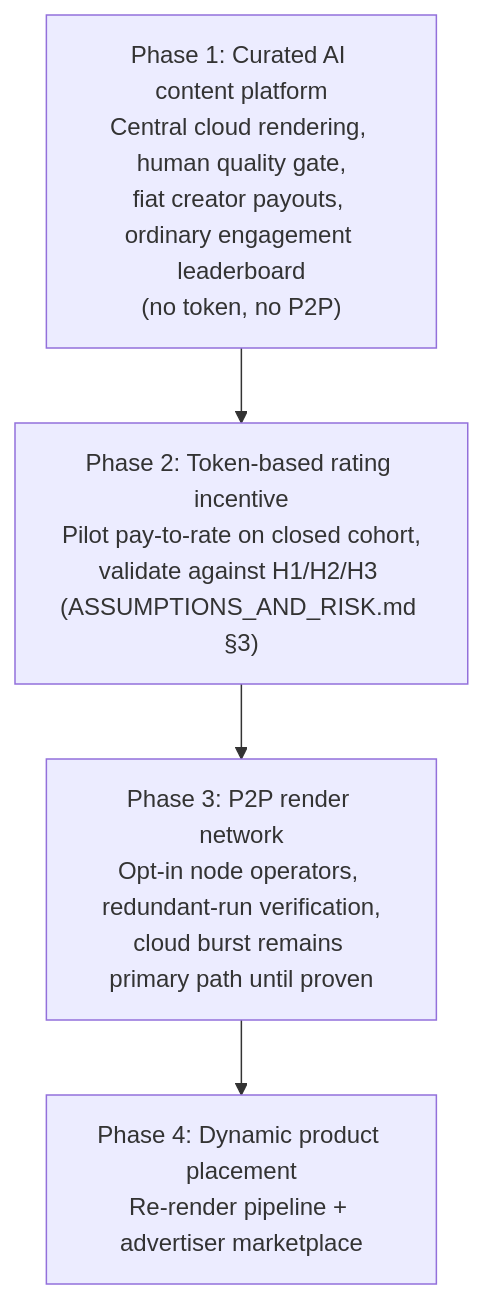
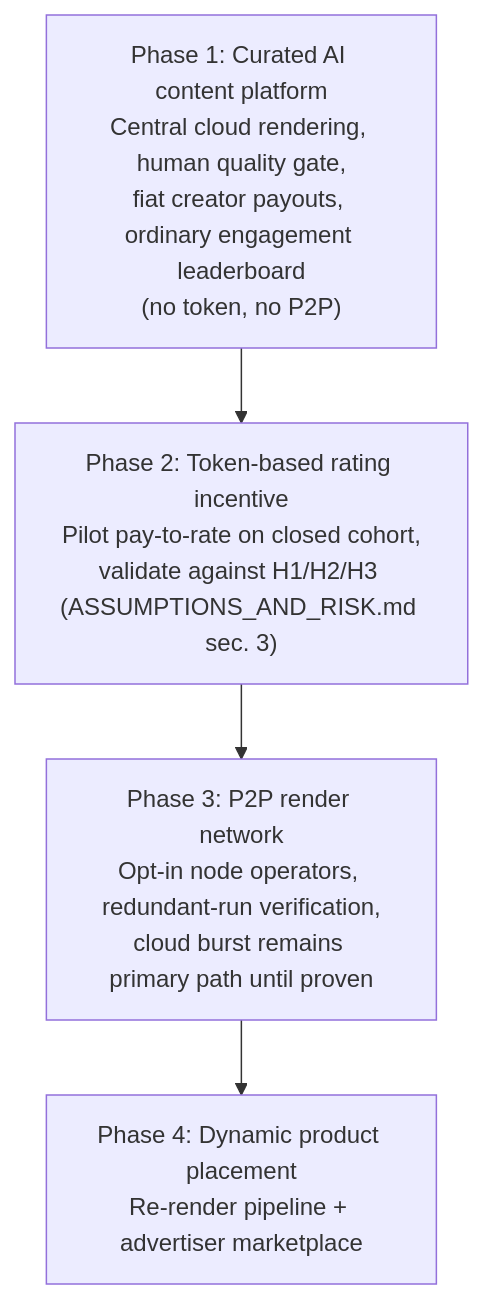
One commit to jsawyerdev/DESFlix changed the fourth of 4 diagrams in docs/architecture.md. Above: the diagram before and after it, drawn with Mermaid. The commit also changed other lines of this file and 25 other files, not shown here.

````diff
--- a/docs/architecture.md
+++ b/docs/architecture.md
@@ -177,8 +177,8 @@
 ```mermaid
 flowchart TB
     P1["Phase 1: Curated AI content platform\nCentral cloud rendering, human quality gate,\nfiat creator payouts, ordinary engagement leaderboard\n(no token, no P2P)"]
-    P2["Phase 2: Token-based rating incentive\nPilot pay-to-rate on closed cohort,\nvalidate against H1/H2/H3 (ASSUMPTIONS_AND_RISK.md §3)"]
+    P2["Phase 2: Token-based rating incentive\nPilot pay-to-rate on closed cohort,\nvalidate against H1/H2/H3 (ASSUMPTIONS_AND_RISK.md sec. 3)"]
     P3["Phase 3: P2P render network\nOpt-in node operators, redundant-run verification,\ncloud burst remains primary path until proven"]
     P4["Phase 4: Dynamic product placement\nRe-render pipeline + advertiser marketplace"]
     P1 --> P2 --> P3 --> P4
 ```
````
